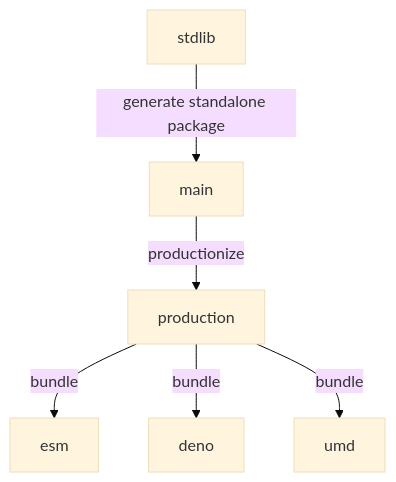
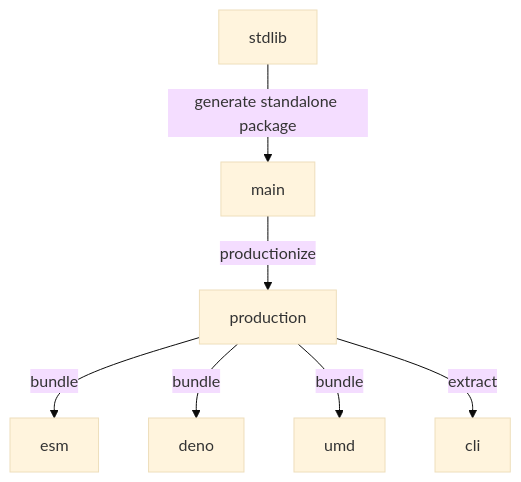
One commit to stdlib-js/namespace-alias2pkg changed the diagram in branches.md. Above: the diagram before and after it, drawn with Mermaid (base theme). The commit also changed other lines of this file and 6 other files, not shown here.

````diff
--- a/branches.md
+++ b/branches.md
@@ -33,15 +34,17 @@
 ```mermaid
 graph TD;
 A[stdlib]-->|generate standalone package|B;
 B[main] -->|productionize| C[production];
 C -->|bundle| D[esm];
 C -->|bundle| E[deno];
 C -->|bundle| F[umd];
+C -->|extract| G[cli];
 
-click A href "https://github.com/stdlib-js/stdlib/tree/develop/lib/node_modules/%40stdlib/namespace/alias2pkg"
-click B href "https://github.com/stdlib-js/namespace-alias2pkg/tree/main"
-click C href "https://github.com/stdlib-js/namespace-alias2pkg/tree/production"
-click D href "https://github.com/stdlib-js/namespace-alias2pkg/tree/esm"
-click E href "https://github.com/stdlib-js/namespace-alias2pkg/tree/deno"
-click F href "https://github.com/stdlib-js/namespace-alias2pkg/tree/umd"
+%% click A href "https://github.com/stdlib-js/stdlib/tree/develop/lib/node_modules/%40stdlib/namespace/alias2pkg"
+%% click B href "https://github.com/stdlib-js/namespace-alias2pkg/tree/main"
+%% click C href "https://github.com/stdlib-js/namespace-alias2pkg/tree/production"
+%% click D href "https://github.com/stdlib-js/namespace-alias2pkg/tree/esm"
+%% click E href "https://github.com/stdlib-js/namespace-alias2pkg/tree/deno"
+%% click F href "https://github.com/stdlib-js/namespace-alias2pkg/tree/umd"
+%% click G href "https://github.com/stdlib-js/namespace-alias2pkg/tree/cli"
 ```
````
